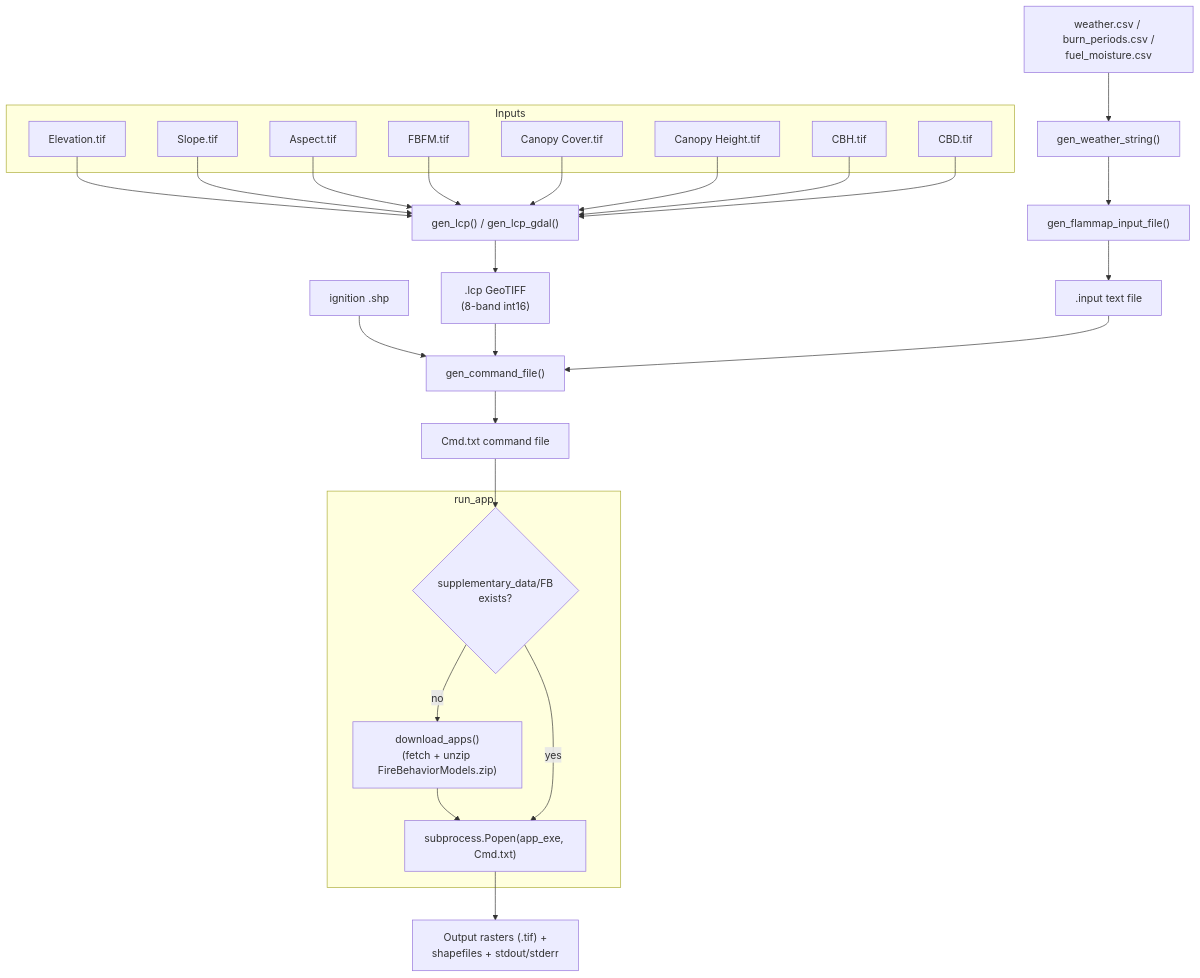
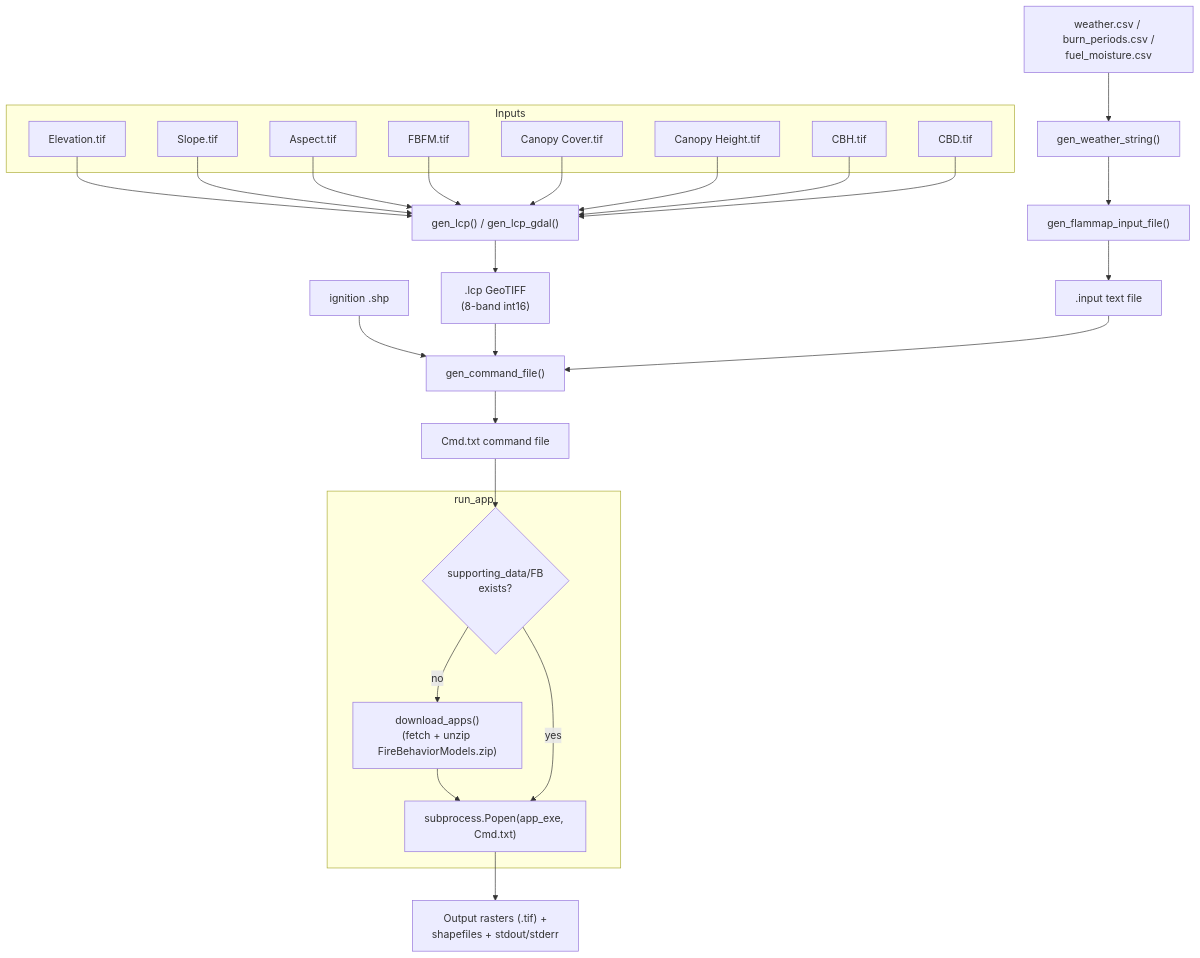
Before and after one commit to gagreene/US_FireModelling_Automation: the diagram in docs/CODEBASE.md, drawn with Mermaid. The commit also changed other lines of this file and 109 other files, not shown here.

````diff
--- a/docs/CODEBASE.md
+++ b/docs/CODEBASE.md
@@ -63,35 +67,35 @@
 ```mermaid
 flowchart TD
     subgraph Inputs
         R1[Elevation.tif]
         R2[Slope.tif]
         R3[Aspect.tif]
         R4[FBFM.tif]
         R5[Canopy Cover.tif]
         R6[Canopy Height.tif]
         R7[CBH.tif]
         R8[CBD.tif]
     end
 
     R1 & R2 & R3 & R4 & R5 & R6 & R7 & R8 --> GENLCP["gen_lcp() / gen_lcp_gdal()"]
     GENLCP --> LCP[".lcp GeoTIFF\n(8-band int16)"]
 
     WX["weather.csv / burn_periods.csv /\nfuel_moisture.csv"] --> GWS["gen_weather_string()"]
     GWS --> GIF["gen_flammap_input_file()"]
     GIF --> INPUT[".input text file"]
 
     IGN["ignition .shp"] --> GCF["gen_command_file()"]
     LCP --> GCF
     INPUT --> GCF
     GCF --> CMD["Cmd.txt command file"]
 
     subgraph run_app
-        CHECK{"supplementary_data/FB\nexists?"}
+        CHECK{"supporting_data/FB\nexists?"}
         CHECK -- no --> DL["download_apps()\n(fetch + unzip FireBehaviorModels.zip)"]
         DL --> EXE
         CHECK -- yes --> EXE["subprocess.Popen(app_exe, Cmd.txt)"]
     end
 
     CMD --> CHECK
     EXE --> OUT["Output rasters (.tif) +\nshapefiles + stdout/stderr"]
 ```
````
